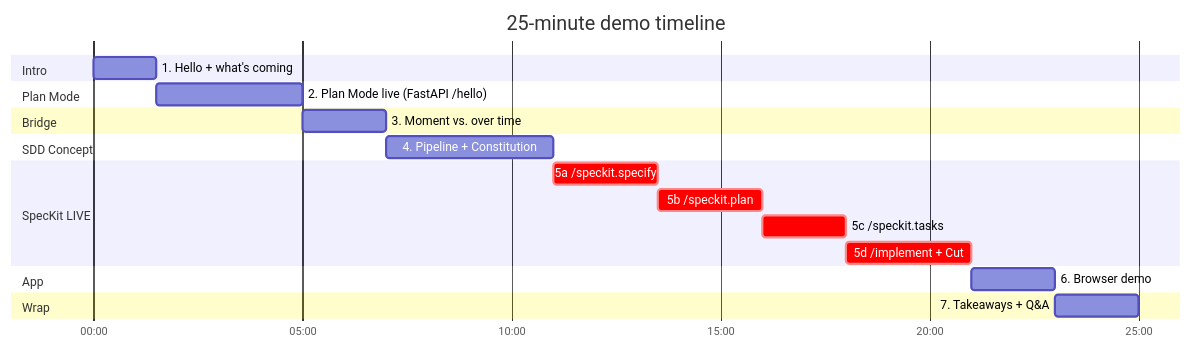
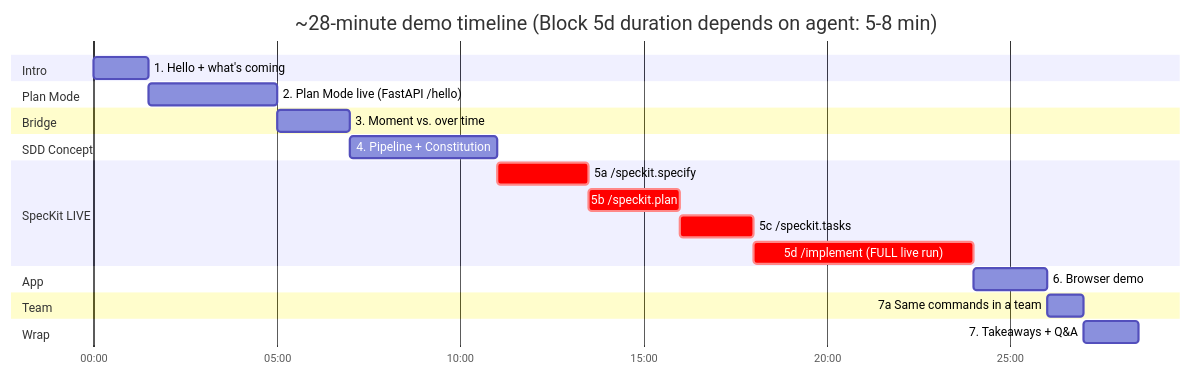
Before and after one commit to jeffrey-groneberg/sdd_demo: the first of 3 diagrams in 01-demo-script.md, drawn with Mermaid. The commit also changed other lines of this file and 22 other files, not shown here.

````diff
--- a/01-demo-script.md
+++ b/01-demo-script.md
@@ -12,30 +7,33 @@
 ```mermaid
 gantt
-    title 25-minute demo timeline
+    title ~28-minute demo timeline (Block 5d duration depends on agent: 5-8 min)
     dateFormat mm:ss
     axisFormat %M:%S
 
     section Intro
     1. Hello + what's coming           :b1, 00:00, 90s
 
     section Plan Mode
     2. Plan Mode live (FastAPI /hello) :b2, after b1, 210s
 
     section Bridge
     3. Moment vs. over time            :b3, after b2, 120s
 
     section SDD Concept
     4. Pipeline + Constitution         :b4, after b3, 240s
 
     section SpecKit LIVE
     5a /speckit.specify                :crit, b5a, after b4, 150s
     5b /speckit.plan                   :crit, b5b, after b5a, 150s
     5c /speckit.tasks                  :crit, b5c, after b5b, 120s
-    5d /implement + Cut                :crit, b5d, after b5c, 180s
+    5d /implement (FULL live run)      :crit, b5d, after b5c, 360s
 
     section App
     6. Browser demo                    :b6, after b5d, 120s
 
+    section Team
+    7a Same commands in a team        :b7a, after b6, 60s
+
     section Wrap
-    7. Takeaways + Q&A                 :b7, after b6, 120s
+    7. Takeaways + Q&A                 :b7, after b7a, 90s
 ```
````
